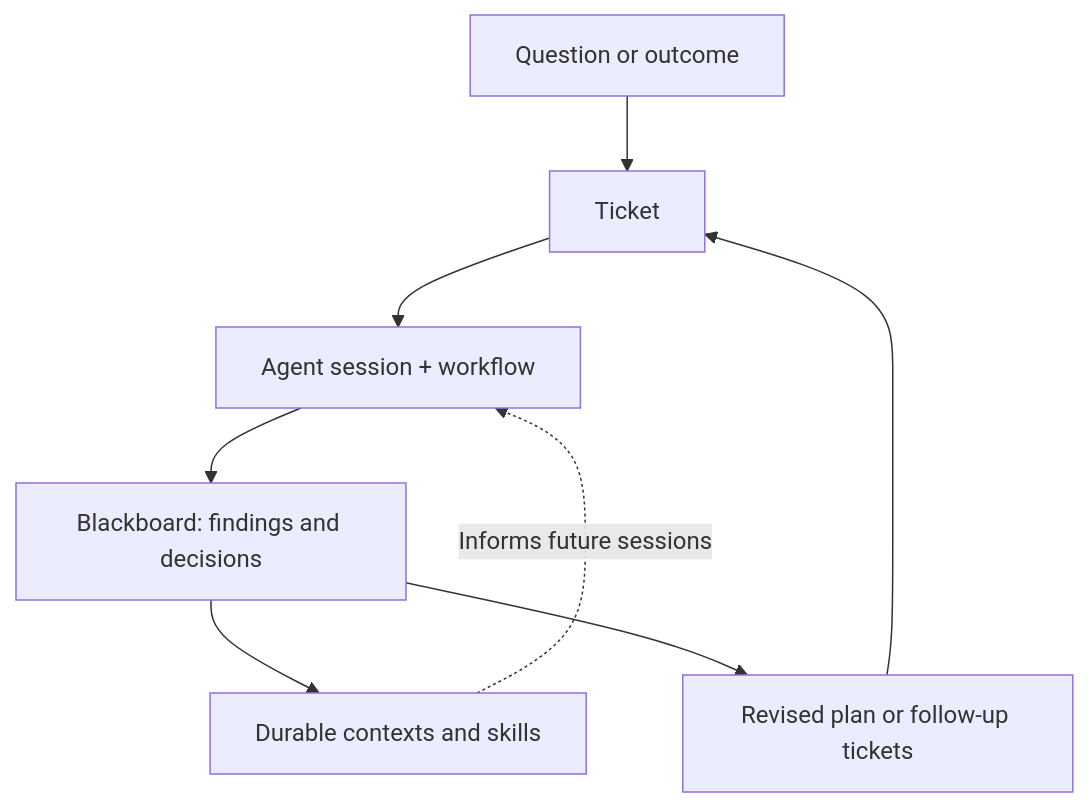
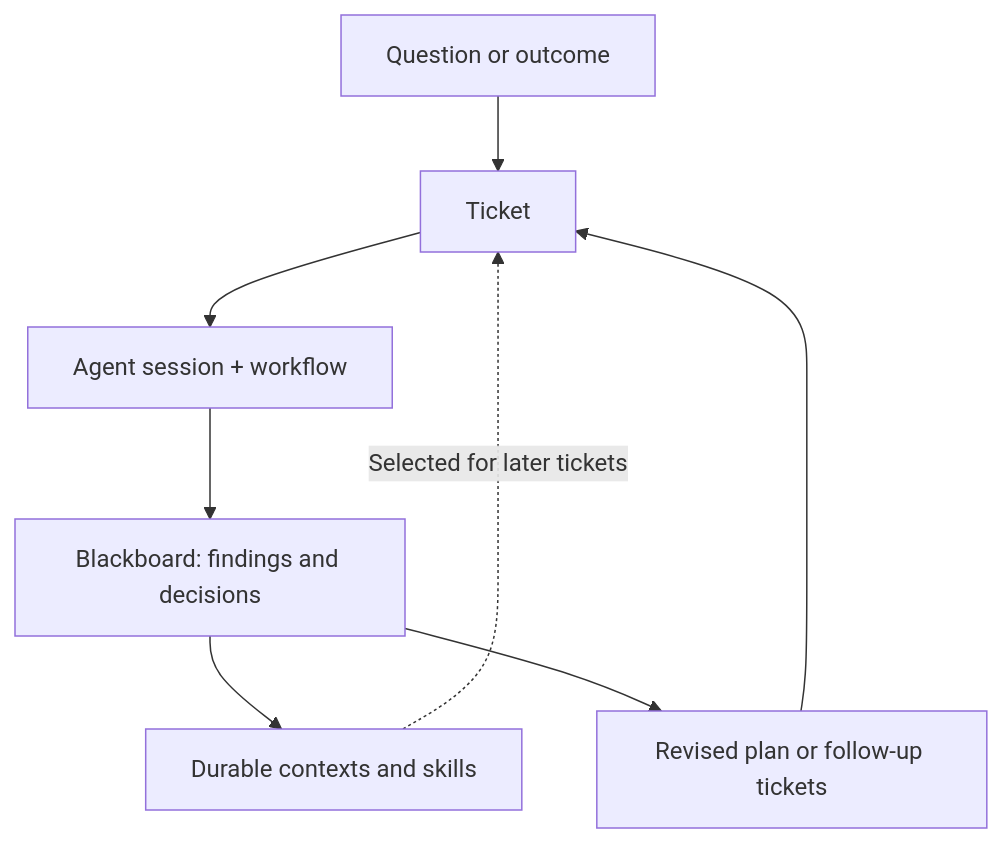
The diagram in README.md (FastJVM/coga), drawn with Mermaid before and after one commit. The commit also changed other lines of this file, not shown here.

````diff
--- a/README.md
+++ b/README.md
@@ -21,10 +21,10 @@
 ```mermaid
 flowchart TD
     Q["Question or outcome"] --> T["Ticket"]
     T --> W["Agent session + workflow"]
     W --> B["Blackboard: findings and decisions"]
     B --> K["Durable contexts and skills"]
     B --> P["Revised plan or follow-up tickets"]
-    K -. "Informs future sessions" .-> W
+    K -. "Selected for later tickets" .-> T
     P --> T
 ```
````
